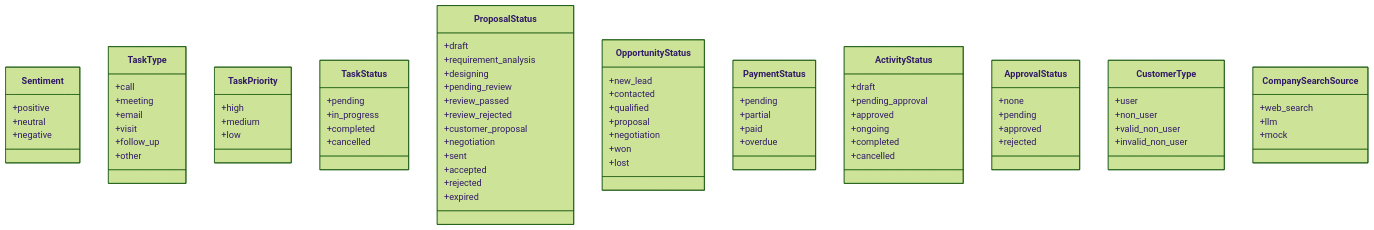
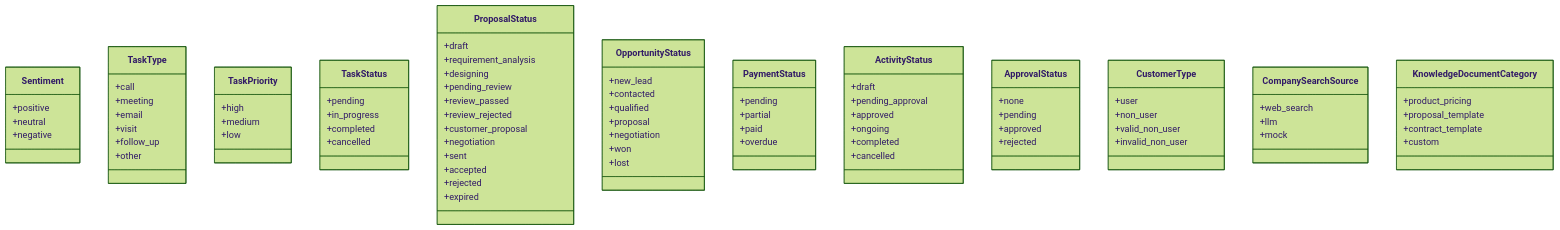
The third of 37 diagrams in .qoder/repowiki/zh/content/Database Schema.md (xianjianshenqu/SalesFlow-CRM), drawn with Mermaid (forest theme) before and after one commit. The commit also changed other lines of this file and 10 other files, not shown here.

````diff
--- a/.qoder/repowiki/zh/content/Database Schema.md
+++ b/.qoder/repowiki/zh/content/Database Schema.md
@@ -468,4 +573,10 @@
 +llm
 +mock
 }
+class KnowledgeDocumentCategory {
++product_pricing
++proposal_template
++contract_template
++custom
+}
 ```
````
